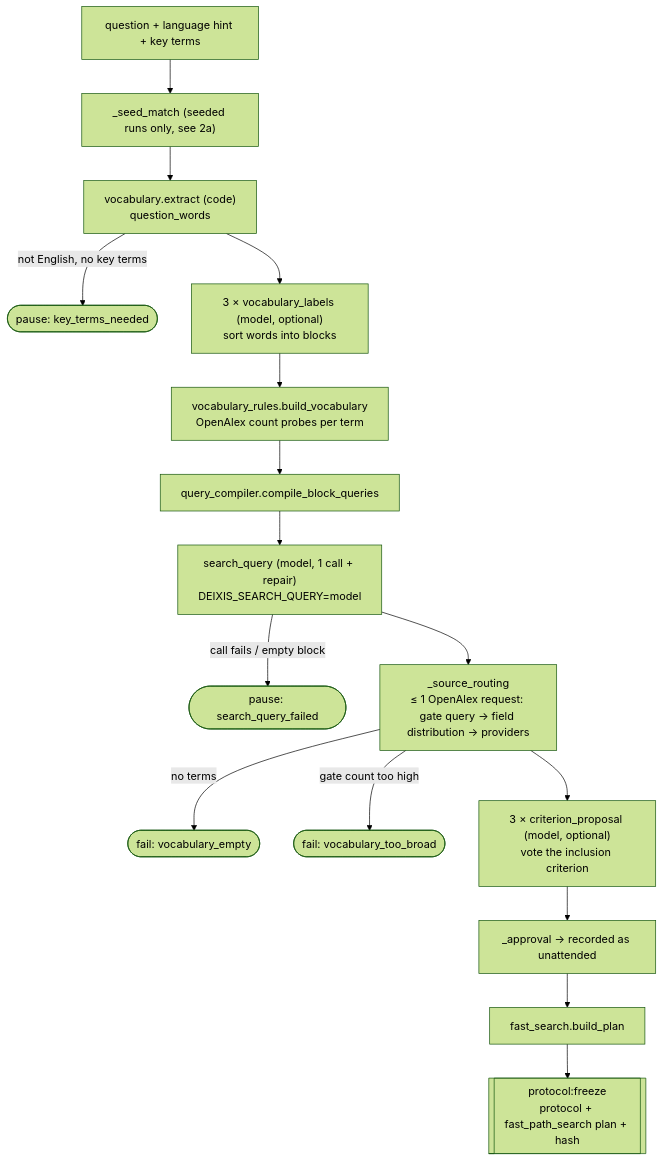
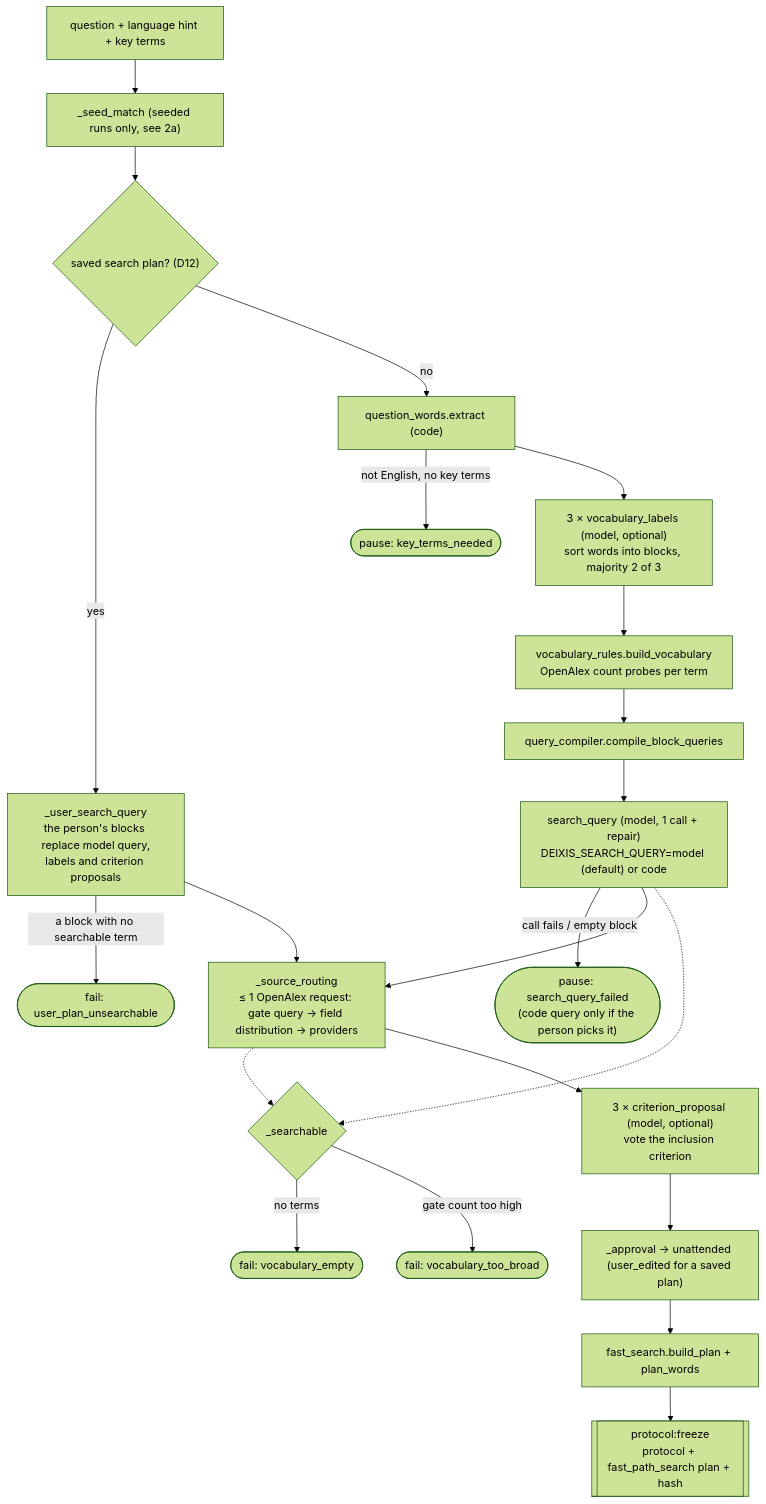
One commit to huguryildiz/DEIXIS changed the second of 8 diagrams in docs/search-architecture.md. Above: the diagram before and after it, drawn with Mermaid (forest theme). The commit also changed other lines of this file, not shown here.

Commit message:
docs: search architecture brought up to 8cbedaea (reranker, ranking replay, joint signal, seed semantic requests, follow-up, Screen more, snowball, citation map)

````diff
--- a/docs/search-architecture.md
+++ b/docs/search-architecture.md
@@ -34,18 +43,24 @@
 ```mermaid
 flowchart TD
     Q["question + language hint + key terms"] --> SM["_seed_match (seeded runs only, see 2a)"]
-    SM --> W["vocabulary.extract (code)<br/>question_words"]
+    SM --> UP{"saved search plan? (D12)"}
+    UP -->|"yes"| USQ["_user_search_query<br/>the person's blocks replace model query,<br/>labels and criterion proposals"]
+    USQ -->|"a block with no searchable term"| UPF(["fail: user_plan_unsearchable"])
+    USQ --> SR
+    UP -->|"no"| W["question_words.extract (code)"]
     W -->|"not English, no key terms"| KT(["pause: key_terms_needed"])
-    W --> VL["3 × vocabulary_labels (model, optional)<br/>sort words into blocks"]
+    W --> VL["3 × vocabulary_labels (model, optional)<br/>sort words into blocks, majority 2 of 3"]
     VL --> VB["vocabulary_rules.build_vocabulary<br/>OpenAlex count probes per term"]
     VB --> QC["query_compiler.compile_block_queries"]
-    QC --> SQ["search_query (model, 1 call + repair)<br/>DEIXIS_SEARCH_QUERY=model"]
-    SQ -->|"call fails / empty block"| SQF(["pause: search_query_failed"])
+    QC --> SQ["search_query (model, 1 call + repair)<br/>DEIXIS_SEARCH_QUERY=model (default) or code"]
+    SQ -->|"call fails / empty block"| SQF(["pause: search_query_failed<br/>(code query only if the person picks it)"])
     SQ --> SR["_source_routing<br/>≤ 1 OpenAlex request: gate query → field distribution → providers"]
-    SR -->|"no terms"| VE(["fail: vocabulary_empty"])
-    SR -->|"gate count too high"| VTB(["fail: vocabulary_too_broad"])
+    SQ -.-> CHK
+    SR -.-> CHK{"_searchable"}
+    CHK -->|"no terms"| VE(["fail: vocabulary_empty"])
+    CHK -->|"gate count too high"| VTB(["fail: vocabulary_too_broad"])
     SR --> CR["3 × criterion_proposal (model, optional)<br/>vote the inclusion criterion"]
-    CR --> AP["_approval → recorded as unattended"]
-    AP --> BP["fast_search.build_plan"]
+    CR --> AP["_approval → unattended (user_edited for a saved plan)"]
+    AP --> BP["fast_search.build_plan + plan_words"]
     BP --> FZ[["protocol:freeze<br/>protocol + fast_path_search plan + hash"]]
 ```
````
